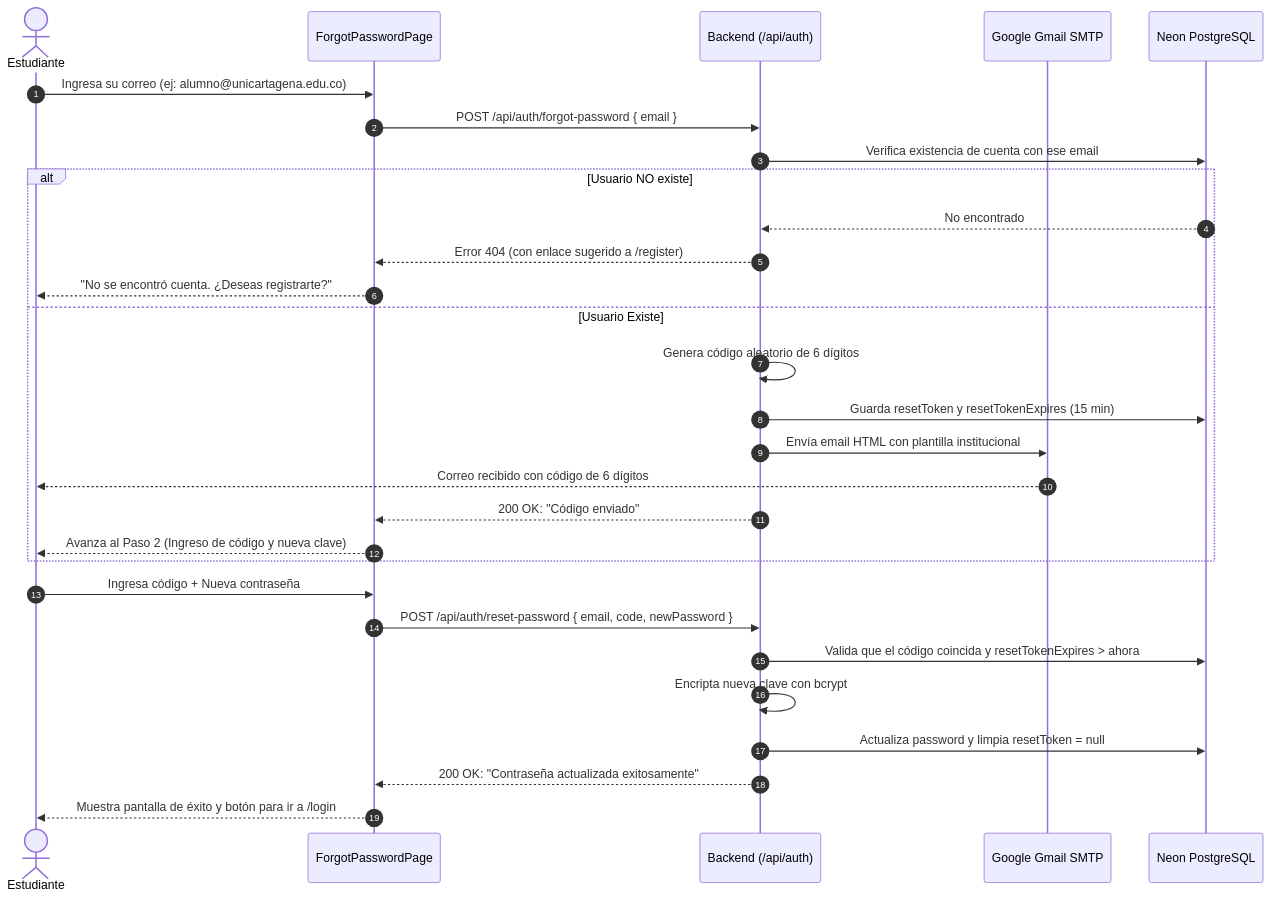
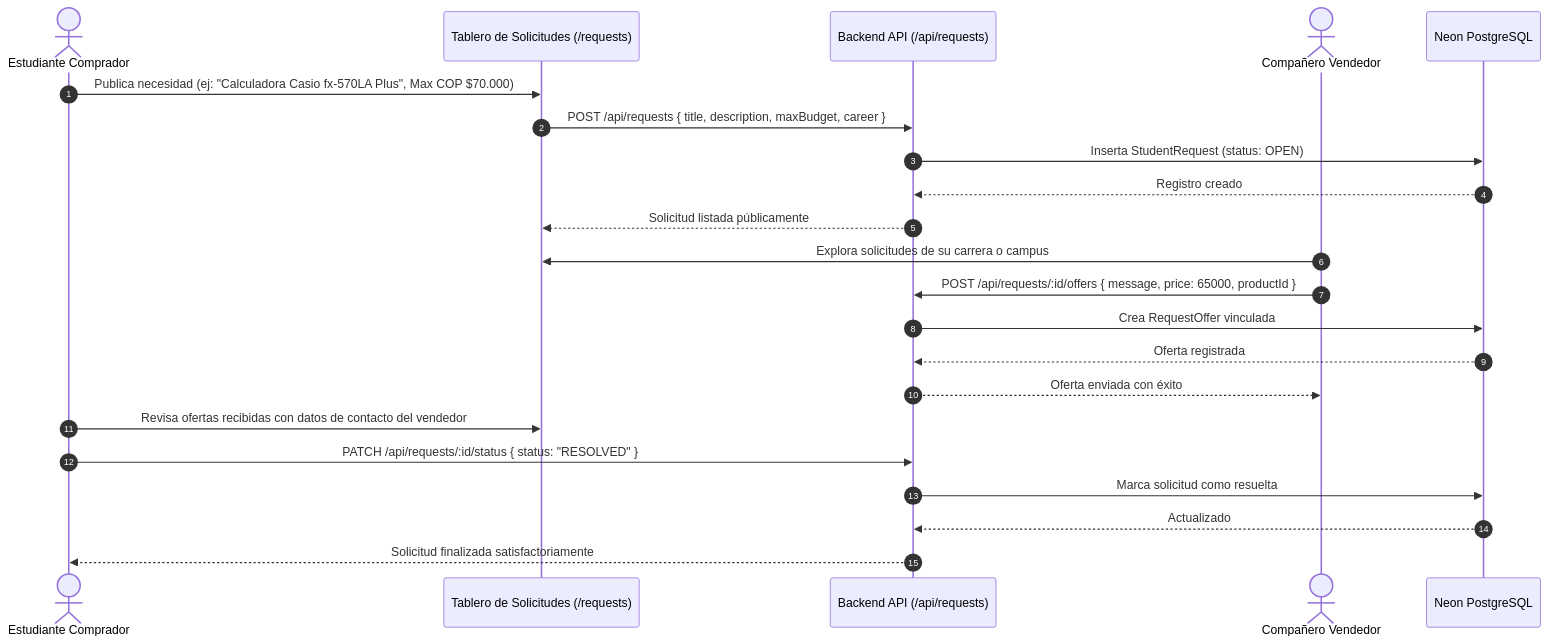
The fourth of 7 diagrams in README.md (Richard-zip/ecomerce-backend), drawn with Mermaid before and after one commit. The commit also changed other lines of this file, not shown here.

````diff
--- a/README.md
+++ b/README.md
@@ -246,33 +327,27 @@
 ```mermaid
 sequenceDiagram
     autonumber
-    actor Usuario as Estudiante
-    participant Front as ForgotPasswordPage
-    participant Back as Backend (/api/auth)
-    participant SMTP as Google Gmail SMTP
+    actor Alumno as Estudiante Comprador
+    participant Board as Tablero de Solicitudes (/requests)
+    participant Back as Backend API (/api/requests)
+    actor Vendedor as Compañero Vendedor
     participant DB as Neon PostgreSQL
 
-    Usuario->>Front: Ingresa su correo (ej: alumno@unicartagena.edu.co)
-    Front->>Back: POST /api/auth/forgot-password { email }
-    Back->>DB: Verifica existencia de cuenta con ese email
-    alt Usuario NO existe
-        DB-->>Back: No encontrado
-        Back-->>Front: Error 404 (con enlace sugerido a /register)
-        Front-->>Usuario: "No se encontró cuenta. ¿Deseas registrarte?"
-    else Usuario Existe
-        Back->>Back: Genera código aleatorio de 6 dígitos
-        Back->>DB: Guarda resetToken y resetTokenExpires (15 min)
-        Back->>SMTP: Envía email HTML con plantilla institucional
-        SMTP-->>Usuario: Correo recibido con código de 6 dígitos
-        Back-->>Front: 200 OK: "Código enviado"
-        Front-->>Usuario: Avanza al Paso 2 (Ingreso de código y nueva clave)
-    end
+    Alumno->>Board: Publica necesidad (ej: "Calculadora Casio fx-570LA Plus", Max COP $70.000)
+    Board->>Back: POST /api/requests { title, description, maxBudget, career }
+    Back->>DB: Inserta StudentRequest (status: OPEN)
+    DB-->>Back: Registro creado
+    Back-->>Board: Solicitud listada públicamente
 
-    Usuario->>Front: Ingresa código + Nueva contraseña
-    Front->>Back: POST /api/auth/reset-password { email, code, newPassword }
-    Back->>DB: Valida que el código coincida y resetTokenExpires > ahora
-    Back->>Back: Encripta nueva clave con bcrypt
-    Back->>DB: Actualiza password y limpia resetToken = null
-    Back-->>Front: 200 OK: "Contraseña actualizada exitosamente"
-    Front-->>Usuario: Muestra pantalla de éxito y botón para ir a /login
+    Vendedor->>Board: Explora solicitudes de su carrera o campus
+    Vendedor->>Back: POST /api/requests/:id/offers { message, price: 65000, productId }
+    Back->>DB: Crea RequestOffer vinculada
+    DB-->>Back: Oferta registrada
+    Back-->>Vendedor: Oferta enviada con éxito
+
+    Alumno->>Board: Revisa ofertas recibidas con datos de contacto del vendedor
+    Alumno->>Back: PATCH /api/requests/:id/status { status: "RESOLVED" }
+    Back->>DB: Marca solicitud como resuelta
+    DB-->>Back: Actualizado
+    Back-->>Alumno: Solicitud finalizada satisfactoriamente
 ```
````
